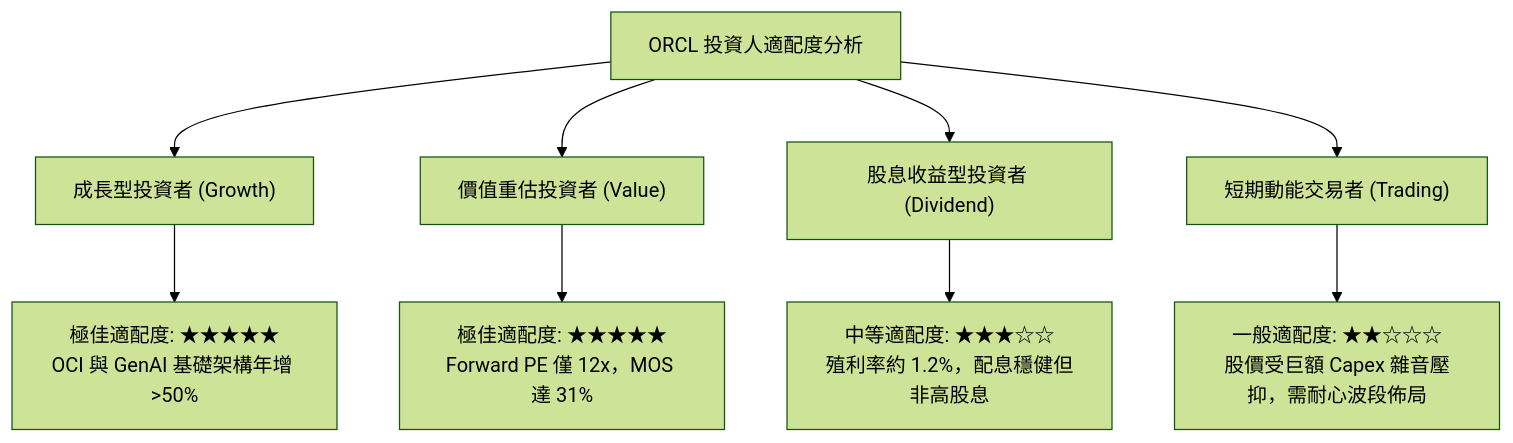
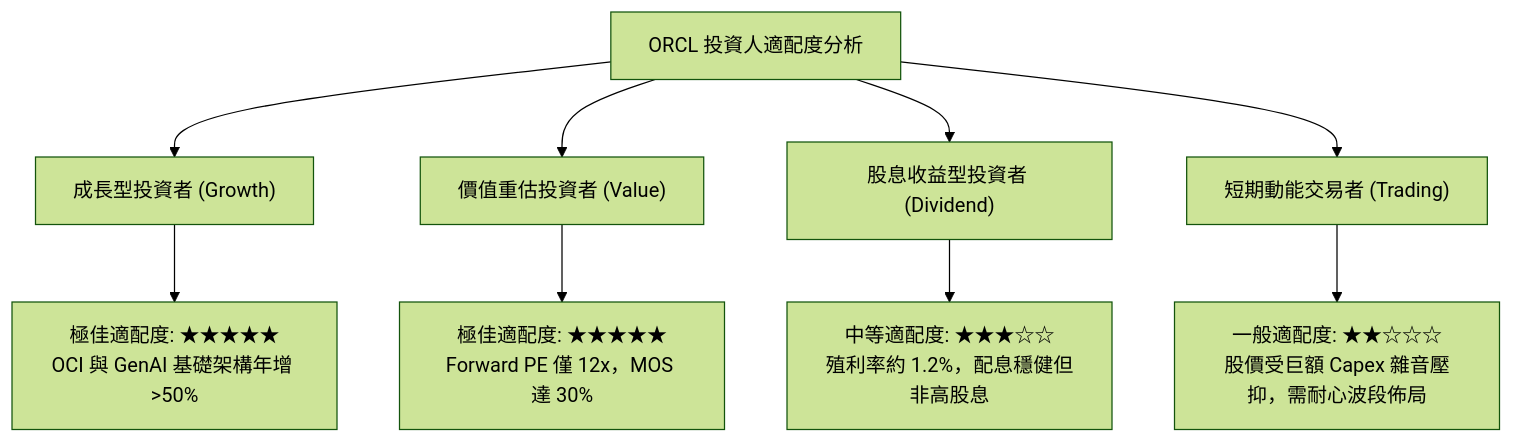
One commit to yennanliu/finance_data changed diagram 14 of 14 in ai_gen_report/fundamental/orcl/fundamental_analysis_2026-10-09_gemini.md. Above: the diagram before and after it, drawn with Mermaid (forest theme). The commit also changed other lines of this file and 339 other files, not shown here.

````diff
--- a/ai_gen_report/fundamental/orcl/fundamental_analysis_2026-10-09_gemini.md
+++ b/ai_gen_report/fundamental/orcl/fundamental_analysis_2026-10-09_gemini.md
@@ -1051,14 +1066,14 @@
 ```mermaid
 graph TD
     INV["ORCL 投資人適配度分析"]
 
     INV --> G["成長型投資者 (Growth)"]
     INV --> V["價值重估投資者 (Value)"]
     INV --> D["股息收益型投資者 (Dividend)"]
     INV --> T["短期動能交易者 (Trading)"]
 
     G --> G1["極佳適配度: ★★★★★<br/>OCI 與 GenAI 基礎架構年增 >50%"]
-    V --> V1["極佳適配度: ★★★★★<br/>Forward PE 僅 12x，MOS 達 31%"]
+    V --> V1["極佳適配度: ★★★★★<br/>Forward PE 僅 12x，MOS 達 30%"]
     D --> D1["中等適配度: ★★★☆☆<br/>殖利率約 1.2%，配息穩健但非高股息"]
     T --> T1["一般適配度: ★★☆☆☆<br/>股價受巨額 Capex 雜音壓抑，需耐心波段佈局"]
 ```
````
